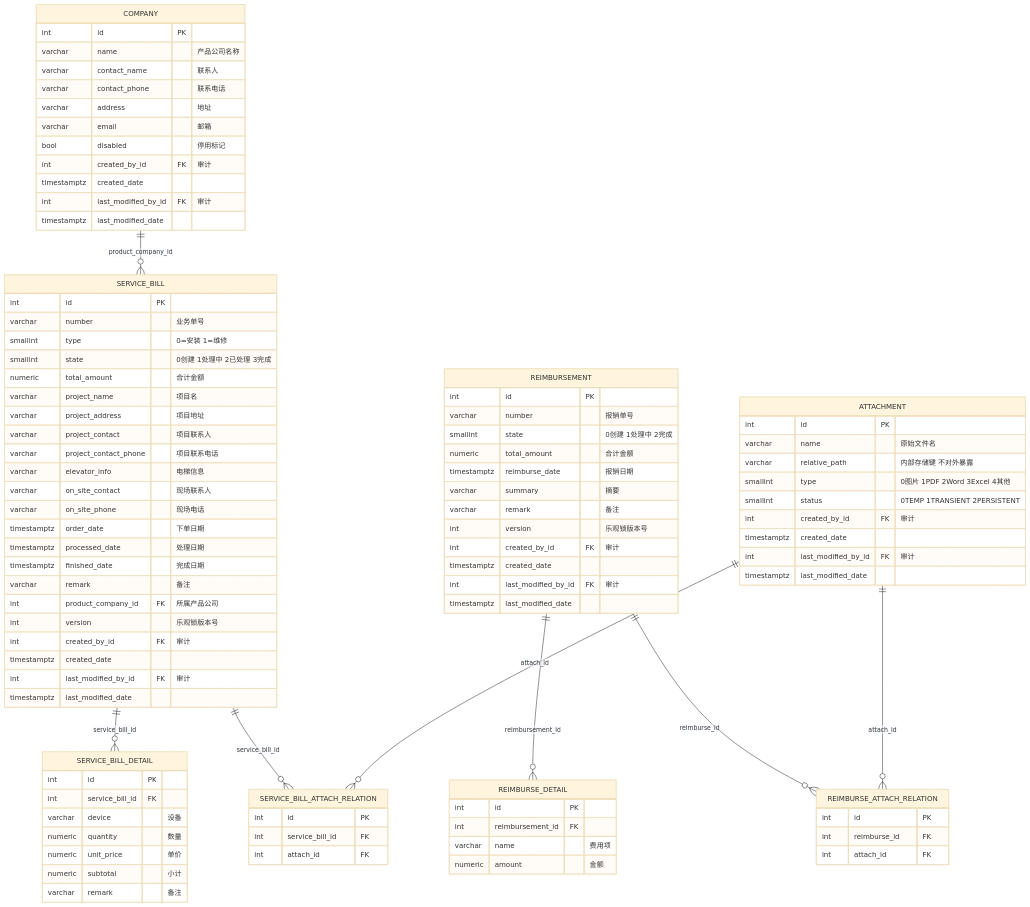
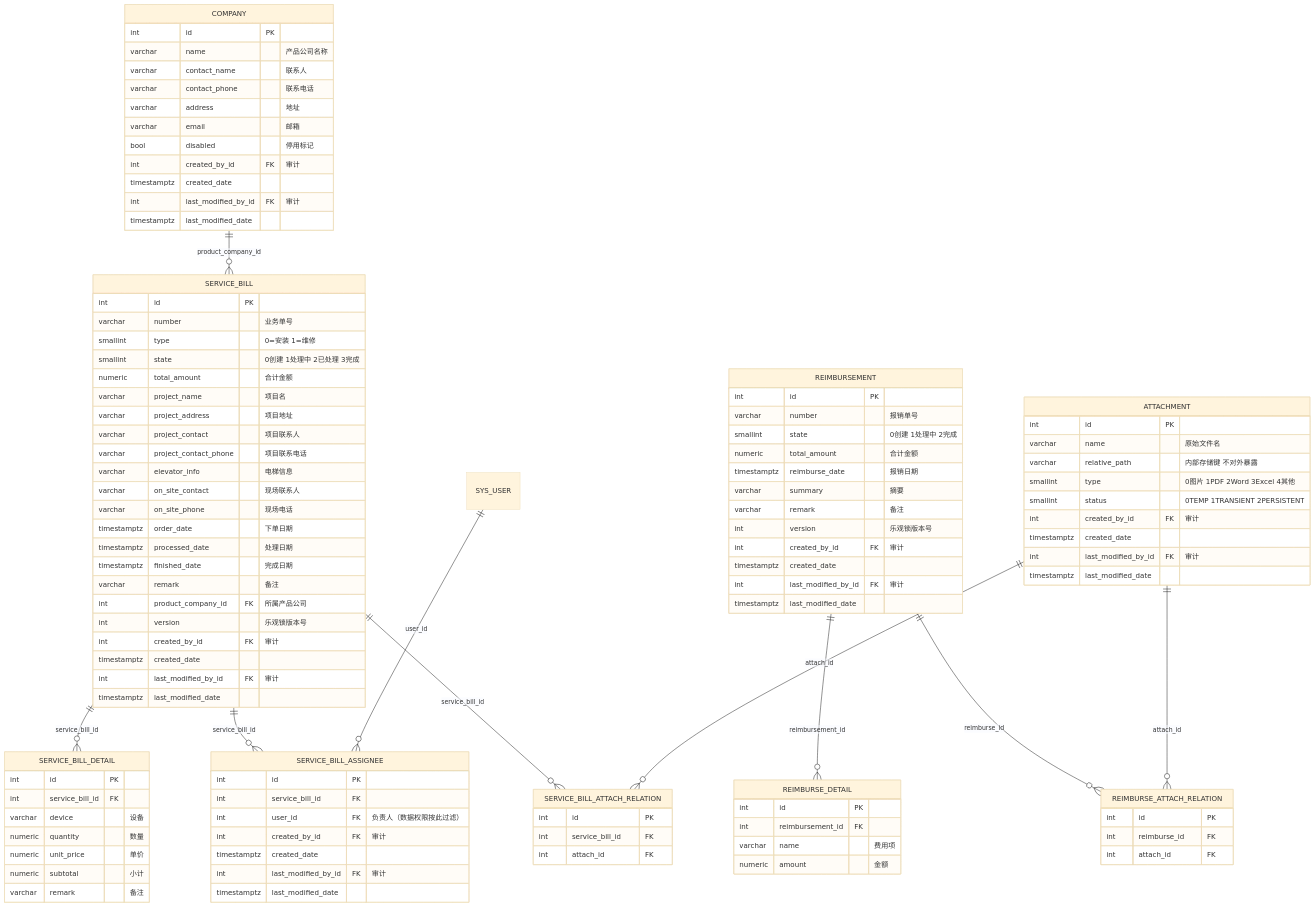
One commit to EastWind1/EACManager changed the first of 2 diagrams in docs/ER 图.md. Above: the diagram before and after it, drawn with Mermaid (base theme). The commit also changed 59 other files, not shown here.

```diff
--- a/docs/ER 图.md
+++ b/docs/ER 图.md
@@ -6,6 +6,8 @@
 erDiagram
     COMPANY ||--o{ SERVICE_BILL : "product_company_id"
     SERVICE_BILL ||--o{ SERVICE_BILL_DETAIL : "service_bill_id"
+    SERVICE_BILL ||--o{ SERVICE_BILL_ASSIGNEE : "service_bill_id"
+    SYS_USER ||--o{ SERVICE_BILL_ASSIGNEE : "user_id"
     SERVICE_BILL ||--o{ SERVICE_BILL_ATTACH_RELATION : "service_bill_id"
     REIMBURSEMENT ||--o{ REIMBURSE_DETAIL : "reimbursement_id"
     REIMBURSEMENT ||--o{ REIMBURSE_ATTACH_RELATION : "reimburse_id"
@@ -61,6 +63,16 @@
         varchar remark "备注"
     }
 
+    SERVICE_BILL_ASSIGNEE {
+        int id PK
+        int service_bill_id FK
+        int user_id FK "负责人（数据权限按此过滤）"
+        int created_by_id FK "审计"
+        timestamptz created_date
+        int last_modified_by_id FK "审计"
+        timestamptz last_modified_date
+    }
+
     REIMBURSEMENT {
         int id PK
         varchar number "报销单号"
```
